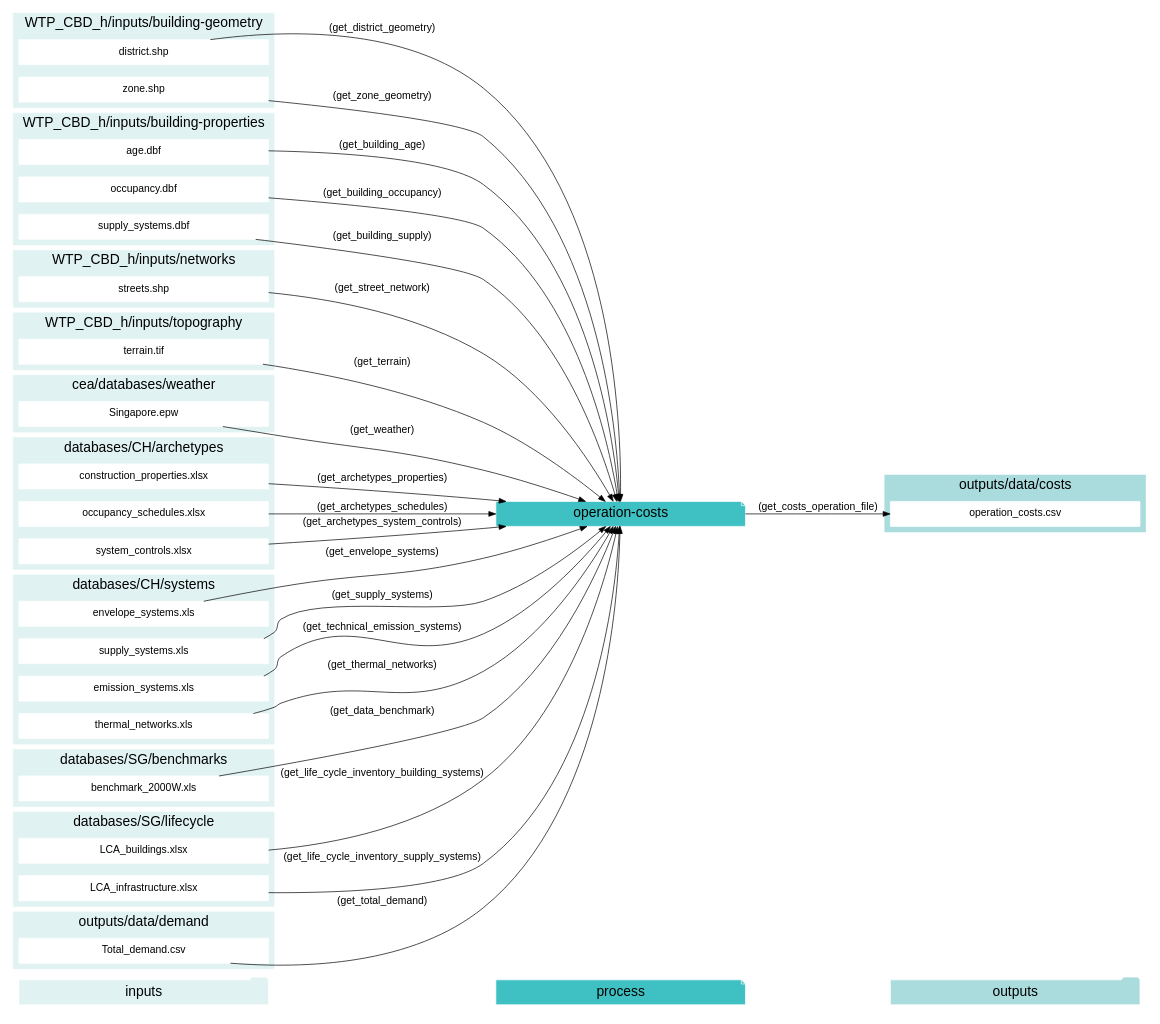
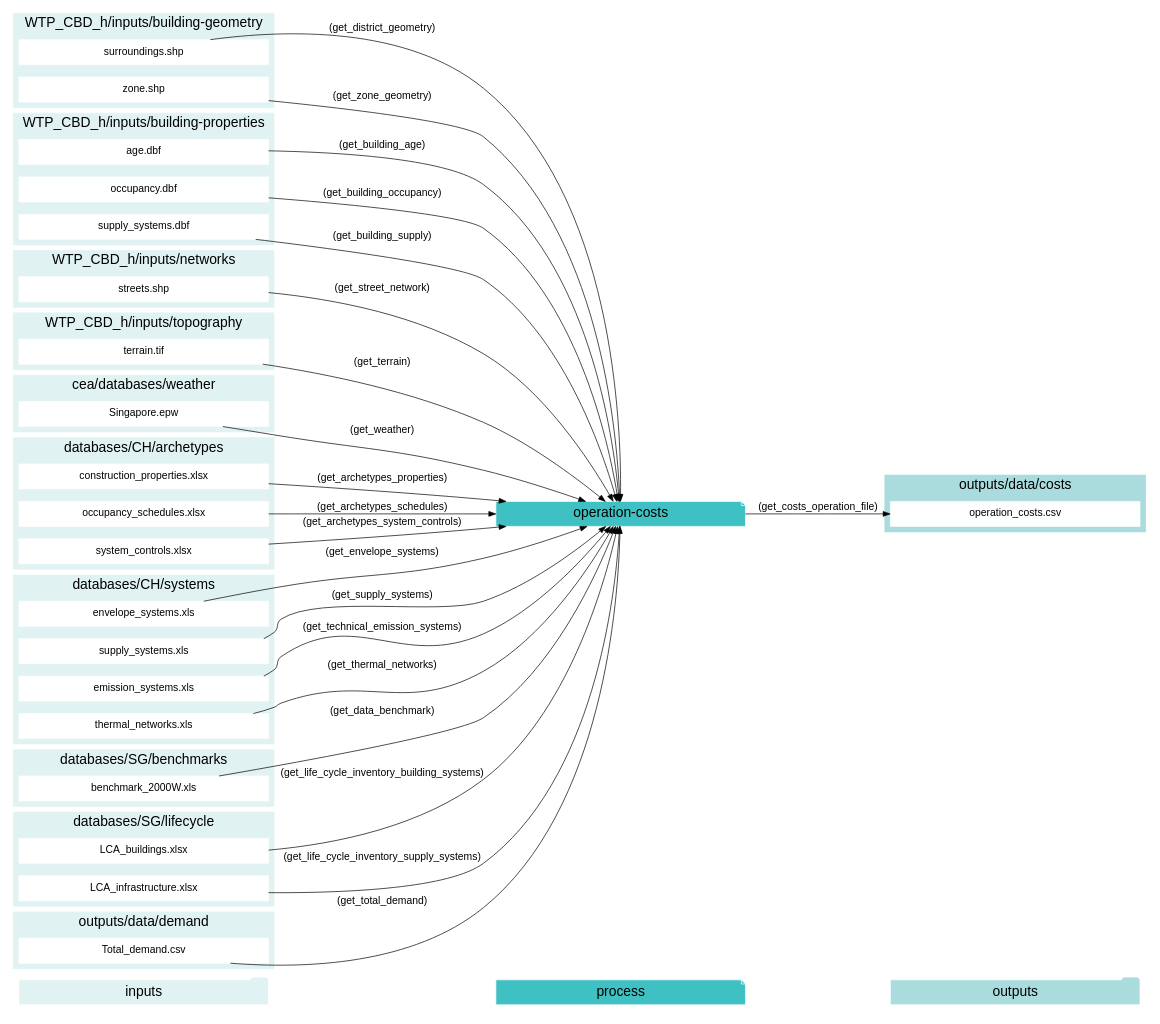
Before and after one commit to architecture-building-systems/CityEnergyAnalyst: the diagram in docs/graphviz/operation-costs.gv, drawn with Graphviz. The commit also changed 41 other files, not shown here.

Commit message:
renaming district to surroundings

```diff
--- a/docs/graphviz/operation-costs.gv
+++ b/docs/graphviz/operation-costs.gv
@@ -1,134 +1,134 @@
 digraph trace_inputlocator {
     rankdir="LR";
     graph [overlap=false, fontname=arial];
     node [shape=box, style=filled, color=white, fontsize=15, fontname=arial, fixedsize=true, width=5];
     edge [fontname=arial, fontsize = 15]
     newrank=true
     subgraph cluster_legend {
     fontsize=25
     style=invis
     "process"[style=filled, fillcolor="#3FC0C2", shape=note, fontsize=20, fontname="arial"]
     "inputs" [style=filled, shape=folder, color=white, fillcolor="#E1F2F2", fontsize=20]
     "outputs"[style=filled, shape=folder, color=white, fillcolor="#aadcdd", fontsize=20]
     "inputs"->"process"[style=invis]
     "process"->"outputs"[style=invis]
     }
     "operation-costs"[style=filled, color=white, fillcolor="#3FC0C2", shape=note, fontsize=20, fontname=arial];
     subgraph cluster_0_in {
         style = filled;
         color = "#E1F2F2";
         fontsize = 20;
         rank=same;
         label="WTP_CBD_h/inputs/building-geometry";
-        "district.shp"
+        "surroundings.shp"
         "zone.shp"
     }
     subgraph cluster_1_in {
         style = filled;
         color = "#E1F2F2";
         fontsize = 20;
         rank=same;
         label="WTP_CBD_h/inputs/building-properties";
         "age.dbf"
         "occupancy.dbf"
         "supply_systems.dbf"
     }
     subgraph cluster_2_in {
         style = filled;
         color = "#E1F2F2";
         fontsize = 20;
         rank=same;
         label="WTP_CBD_h/inputs/networks";
         "streets.shp"
     }
     subgraph cluster_3_in {
         style = filled;
         color = "#E1F2F2";
         fontsize = 20;
         rank=same;
         label="WTP_CBD_h/inputs/topography";
         "terrain.tif"
     }
     subgraph cluster_4_in {
         style = filled;
         color = "#E1F2F2";
         fontsize = 20;
         rank=same;
         label="cea/databases/weather";
         "Singapore.epw"
     }
     subgraph cluster_5_in {
         style = filled;
         color = "#E1F2F2";
         fontsize = 20;
         rank=same;
         label="databases/CH/archetypes";
         "construction_properties.xlsx"
         "occupancy_schedules.xlsx"
         "system_controls.xlsx"
     }
     subgraph cluster_6_in {
         style = filled;
         color = "#E1F2F2";
         fontsize = 20;
         rank=same;
         label="databases/CH/systems";
         "envelope_systems.xls"
         "supply_systems.xls"
         "emission_systems.xls"
         "thermal_networks.xls"
     }
     subgraph cluster_7_in {
         style = filled;
         color = "#E1F2F2";
         fontsize = 20;
         rank=same;
         label="databases/SG/benchmarks";
         "benchmark_2000W.xls"
     }
     subgraph cluster_8_in {
         style = filled;
         color = "#E1F2F2";
         fontsize = 20;
         rank=same;
         label="databases/SG/lifecycle";
         "LCA_buildings.xlsx"
         "LCA_infrastructure.xlsx"
     }
     subgraph cluster_9_out {
         style = filled;
         color = "#aadcdd";
         fontsize = 20;
         rank=same;
         label="outputs/data/costs";
         "operation_costs.csv"
     }
     subgraph cluster_10_in {
         style = filled;
         color = "#E1F2F2";
         fontsize = 20;
         rank=same;
         label="outputs/data/demand";
         "Total_demand.csv"
     }
     "construction_properties.xlsx" -> "operation-costs"[label="(get_archetypes_properties)"]
     "occupancy_schedules.xlsx" -> "operation-costs"[label="(get_archetypes_schedules)"]
     "system_controls.xlsx" -> "operation-costs"[label="(get_archetypes_system_controls)"]
     "age.dbf" -> "operation-costs"[label="(get_building_age)"]
     "occupancy.dbf" -> "operation-costs"[label="(get_building_occupancy)"]
     "supply_systems.dbf" -> "operation-costs"[label="(get_building_supply)"]
     "benchmark_2000W.xls" -> "operation-costs"[label="(get_data_benchmark)"]
-    "district.shp" -> "operation-costs"[label="(get_district_geometry)"]
+    "surroundings.shp" -> "operation-costs"[label="(get_district_geometry)"]
     "envelope_systems.xls" -> "operation-costs"[label="(get_envelope_systems)"]
     "LCA_buildings.xlsx" -> "operation-costs"[label="(get_life_cycle_inventory_building_systems)"]
     "LCA_infrastructure.xlsx" -> "operation-costs"[label="(get_life_cycle_inventory_supply_systems)"]
     "streets.shp" -> "operation-costs"[label="(get_street_network)"]
     "supply_systems.xls" -> "operation-costs"[label="(get_supply_systems)"]
     "emission_systems.xls" -> "operation-costs"[label="(get_technical_emission_systems)"]
     "terrain.tif" -> "operation-costs"[label="(get_terrain)"]
     "thermal_networks.xls" -> "operation-costs"[label="(get_thermal_networks)"]
     "Total_demand.csv" -> "operation-costs"[label="(get_total_demand)"]
     "Singapore.epw" -> "operation-costs"[label="(get_weather)"]
     "zone.shp" -> "operation-costs"[label="(get_zone_geometry)"]
     "operation-costs" -> "operation_costs.csv"[label="(get_costs_operation_file)"]
     }
```
